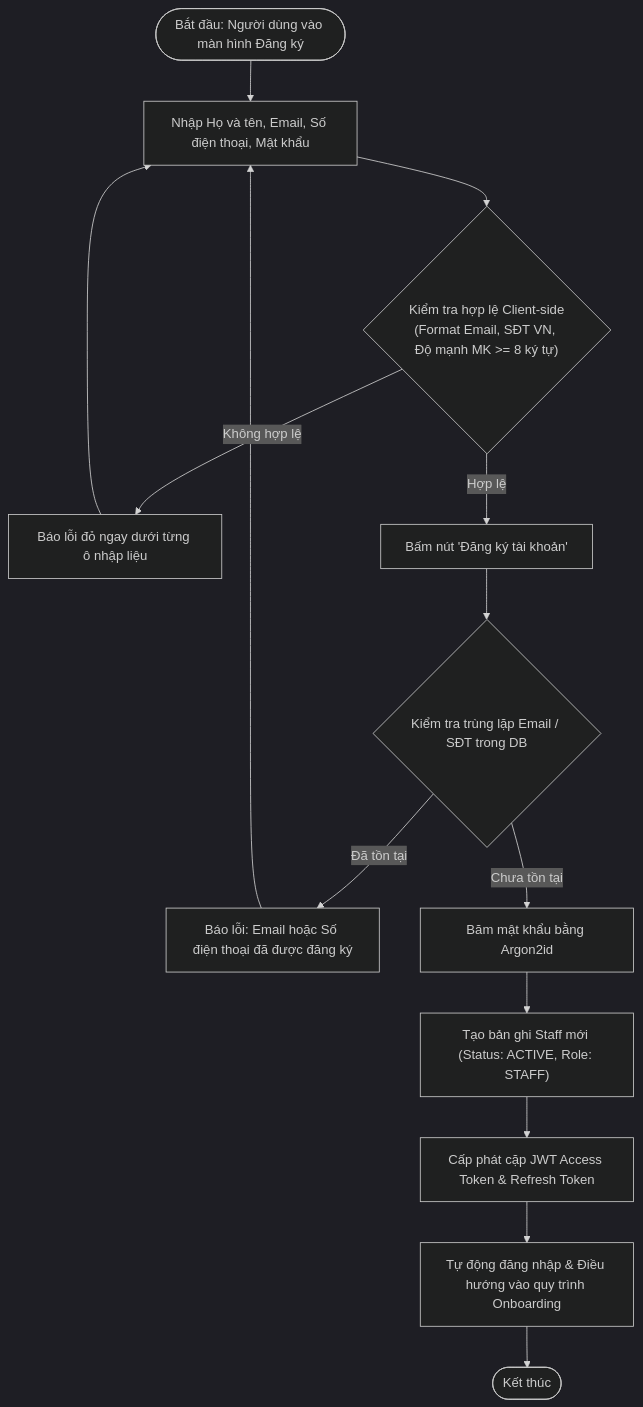
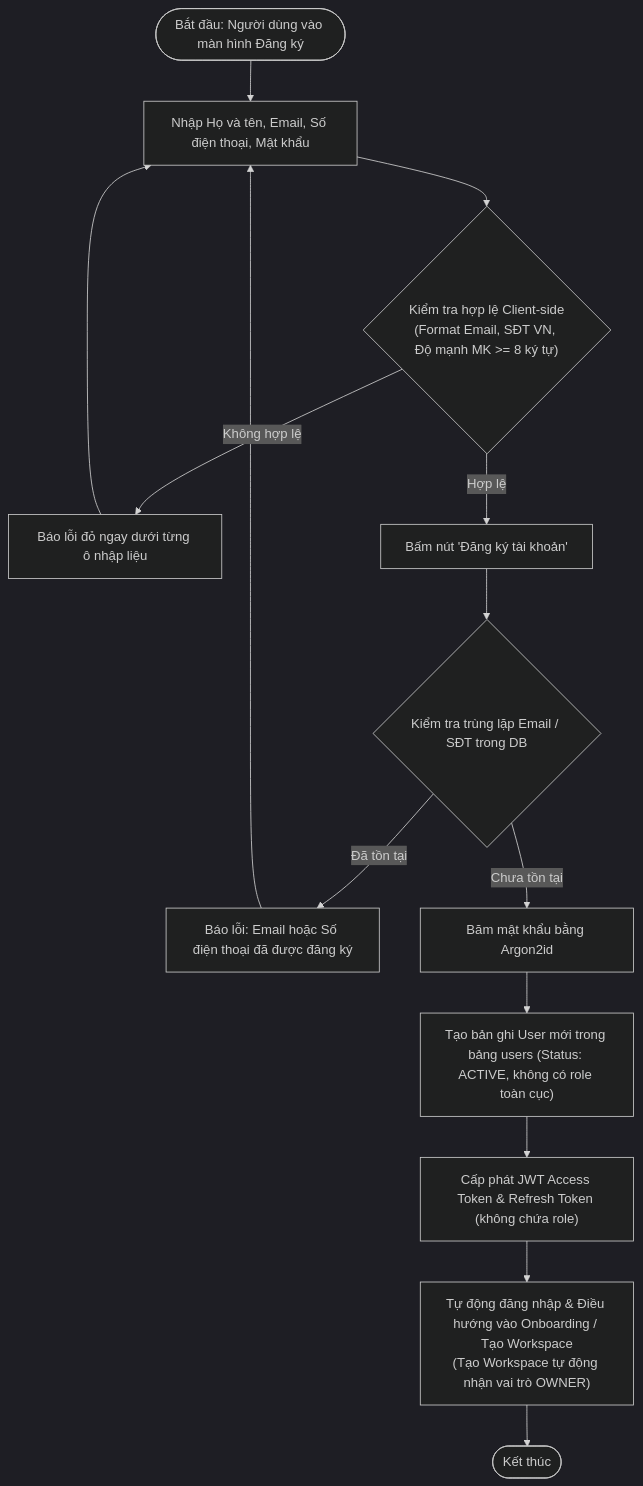
The first of 4 diagrams in docs/business-workflows/auth-workflows.md (dgwhan/CUSC-Conversational-CRM), drawn with Mermaid (dark theme) before and after one commit. The commit also changed other lines of this file and 41 other files, not shown here.

Commit message:
refactor(auth): migrate staff to users schema and mail delivery for password recovery

````diff
--- a/docs/business-workflows/auth-workflows.md
+++ b/docs/business-workflows/auth-workflows.md
@@ -47,20 +49,20 @@
 ```mermaid
 flowchart TD
     Start(["Bắt đầu: Người dùng vào màn hình Đăng ký"]) --> InputData["Nhập Họ và tên, Email, Số điện thoại, Mật khẩu"]
     InputData --> ValidateClient{"Kiểm tra hợp lệ Client-side<br/>(Format Email, SĐT VN, Độ mạnh MK >= 8 ký tự)"}
     
     ValidateClient -- "Không hợp lệ" --> ShowClientErr["Báo lỗi đỏ ngay dưới từng ô nhập liệu"]
     ShowClientErr --> InputData
     
     ValidateClient -- "Hợp lệ" --> SubmitRegister["Bấm nút 'Đăng ký tài khoản'"]
     SubmitRegister --> CheckExist{"Kiểm tra trùng lặp Email / SĐT trong DB"}
     
     CheckExist -- "Đã tồn tại" --> ErrConflict["Báo lỗi: Email hoặc Số điện thoại đã được đăng ký"]
     ErrConflict --> InputData
     
     CheckExist -- "Chưa tồn tại" --> HashPassword["Băm mật khẩu bằng Argon2id"]
-    HashPassword --> CreateUser["Tạo bản ghi Staff mới (Status: ACTIVE, Role: STAFF)"]
-    CreateUser --> IssueTokens["Cấp phát cặp JWT Access Token & Refresh Token"]
-    IssueTokens --> RedirectOnboarding["Tự động đăng nhập & Điều hướng vào quy trình Onboarding"]
+    HashPassword --> CreateUser["Tạo bản ghi User mới trong bảng users (Status: ACTIVE, không có role toàn cục)"]
+    CreateUser --> IssueTokens["Cấp phát JWT Access Token & Refresh Token (không chứa role)"]
+    IssueTokens --> RedirectOnboarding["Tự động đăng nhập & Điều hướng vào Onboarding / Tạo Workspace<br/>(Tạo Workspace tự động nhận vai trò OWNER)"]
     RedirectOnboarding --> End(["Kết thúc"])
 ```
````
